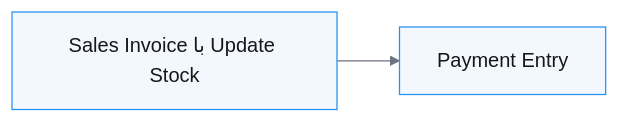
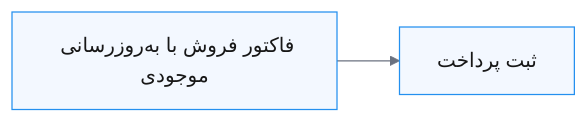
Before and after one commit to shahinesi/frappe_docs-persian: the second of 9 diagrams in content/fa/erpnext/accounting-workflows-by-business-type.md, drawn with Mermaid. The commit also changed other lines of this file and 7 other files, not shown here.

Commit message:
Localize ERPNext purchasing workflow diagrams

````diff
--- a/content/fa/erpnext/accounting-workflows-by-business-type.md
+++ b/content/fa/erpnext/accounting-workflows-by-business-type.md
@@ -61,5 +61,5 @@
 ```mermaid
 %%{init: {"theme":"base","themeVariables":{"primaryColor":"#F3F8FF","primaryBorderColor":"#2490EF","primaryTextColor":"#171717","lineColor":"#6B7280","secondaryColor":"#FFFFFF","tertiaryColor":"#F8F9FA"}}}%%
 flowchart LR
-    SI["Sales Invoice با Update Stock"] --> PE["Payment Entry"]
+    SI["فاکتور فروش با به‌روزرسانی موجودی"] --> PE["ثبت پرداخت"]
 ```
````
